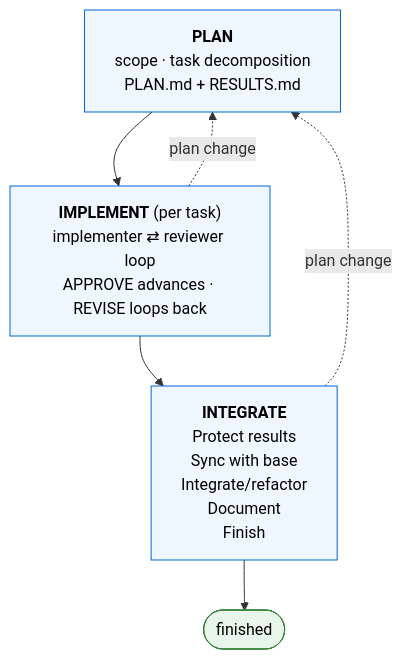
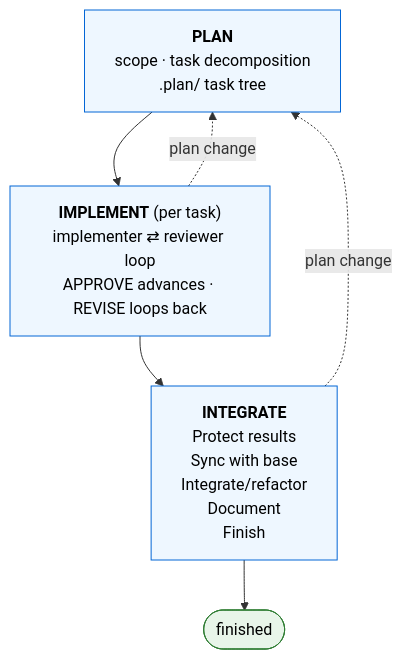
One commit to FuZhiyu/superRA changed the diagram in README.md. Above: the diagram before and after it, drawn with Mermaid. The commit also changed other lines of this file and 20 other files, not shown here.

Commit message:
task task-system/deprecate-planmd-refs: make task results primary

````diff
--- a/README.md
+++ b/README.md
@@ -32,19 +32,19 @@
 ```mermaid
 flowchart TB
-    PLAN["<b>PLAN</b><br/>scope · task decomposition<br/>PLAN.md + RESULTS.md"]
+    PLAN["<b>PLAN</b><br/>scope · task decomposition<br/>.plan/ task tree"]
     IMPLEMENT["<b>IMPLEMENT</b> (per task)<br/>implementer ⇄ reviewer loop<br/>APPROVE advances · REVISE loops back"]
     INTEGRATE["<b>INTEGRATE</b><br/>Protect results <br/>Sync with base<br/>Integrate/refactor<br/>Document<br/>Finish"]
     FINISHED(["finished"])
 
     PLAN --> IMPLEMENT
     IMPLEMENT --> INTEGRATE
     INTEGRATE --> FINISHED
 
     IMPLEMENT -. "plan change" .-> PLAN
     INTEGRATE -. "plan change" .-> PLAN
 
     classDef phase fill:#eef7ff,stroke:#0366d6,color:#000
     classDef terminal fill:#e8f5e9,stroke:#2e7d32,color:#000
     class PLAN,IMPLEMENT,INTEGRATE phase
     class FINISHED terminal
 ```
````
